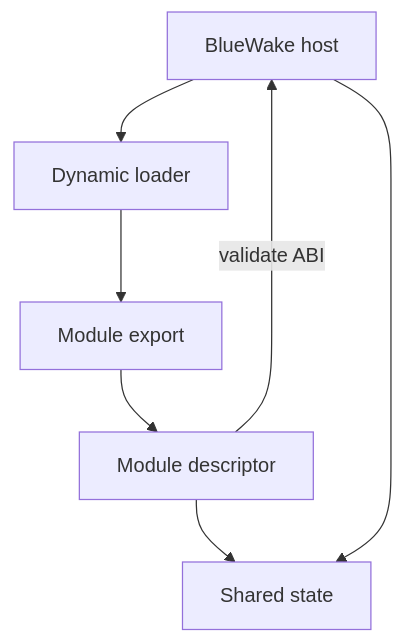
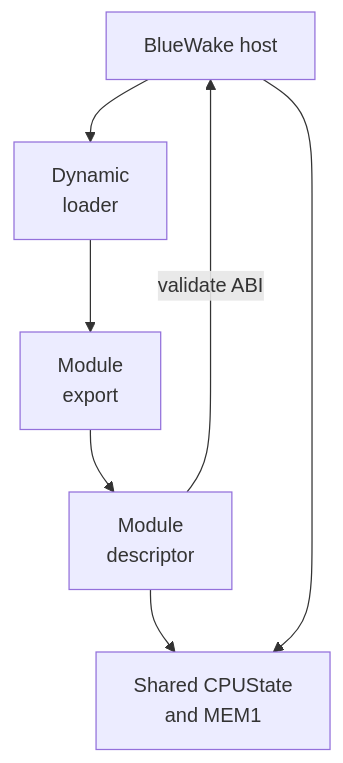
Before and after one commit to Aelbannan/boat_of_daphnes: the first of 2 diagrams in docs/architecture/runtime/GameModule.md, drawn with Mermaid. The commit also changed other lines of this file and 6 other files, not shown here.

Commit message:
docs: preserve labels with Mermaid line breaks

````diff
--- a/docs/architecture/runtime/GameModule.md
+++ b/docs/architecture/runtime/GameModule.md
@@ -29,13 +29,17 @@
 ```mermaid
 flowchart TD
     Host["BlueWake host"]
-    Loader["Dynamic loader"]
-    Export["Module export"]
-    Descriptor["Module descriptor"]
-    State["Shared state"]
+    Loader["`Dynamic
+loader`"]
+    Export["`Module
+export`"]
+    Descriptor["`Module
+descriptor`"]
+    State["`Shared CPUState
+and MEM1`"]
 
     Host --> Loader --> Export --> Descriptor
     Descriptor -->|"validate ABI"| Host
     Descriptor --> State
     Host --> State
 ```
````
